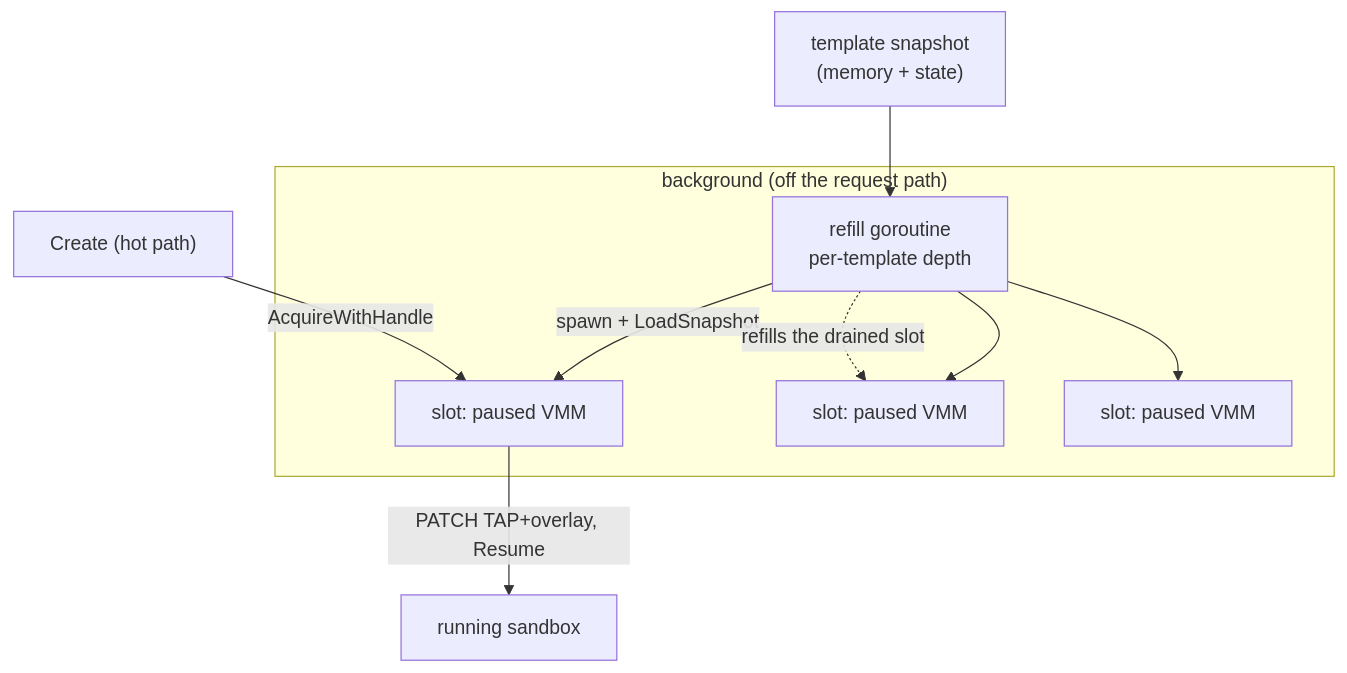
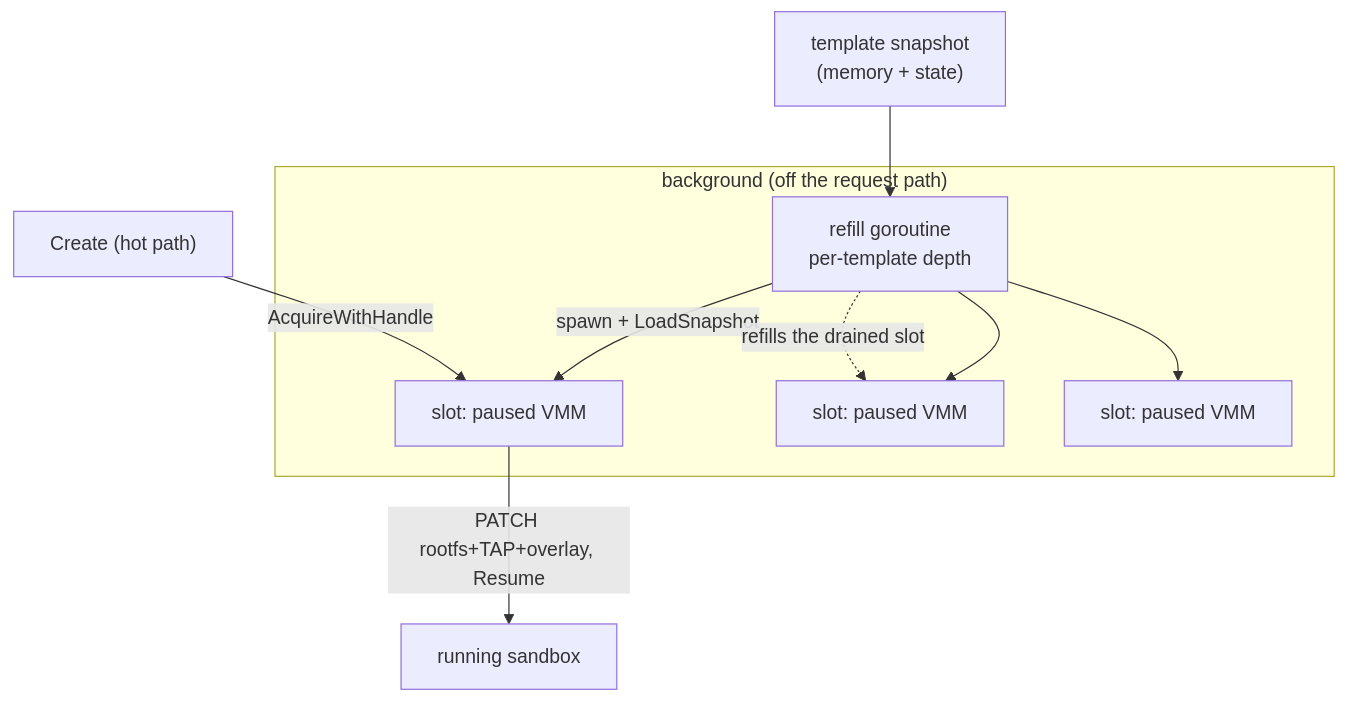
One commit to aerol-ai/microvm changed the second of 6 diagrams in docs/src/content/docs/firecracker-hydration.mdx. Above: the diagram before and after it, drawn with Mermaid. The commit also changed other lines of this file and 6 other files, not shown here.

````diff
--- a/docs/src/content/docs/firecracker-hydration.mdx
+++ b/docs/src/content/docs/firecracker-hydration.mdx
@@ -68,13 +70,13 @@
 ```mermaid
 graph TB
     subgraph bg["background (off the request path)"]
         REFILL["refill goroutine<br/>per-template depth"]
         REFILL -->|spawn + LoadSnapshot| S1["slot: paused VMM"]
         REFILL --> S2["slot: paused VMM"]
         REFILL --> S3["slot: paused VMM"]
     end
     SNAP["template snapshot<br/>(memory + state)"] --> REFILL
     CREATE["Create (hot path)"] -->|AcquireWithHandle| S1
-    S1 -->|PATCH TAP+overlay, Resume| RUN["running sandbox"]
+    S1 -->|PATCH rootfs+TAP+overlay, Resume| RUN["running sandbox"]
     REFILL -.refills the drained slot.-> S2
 ```
````
